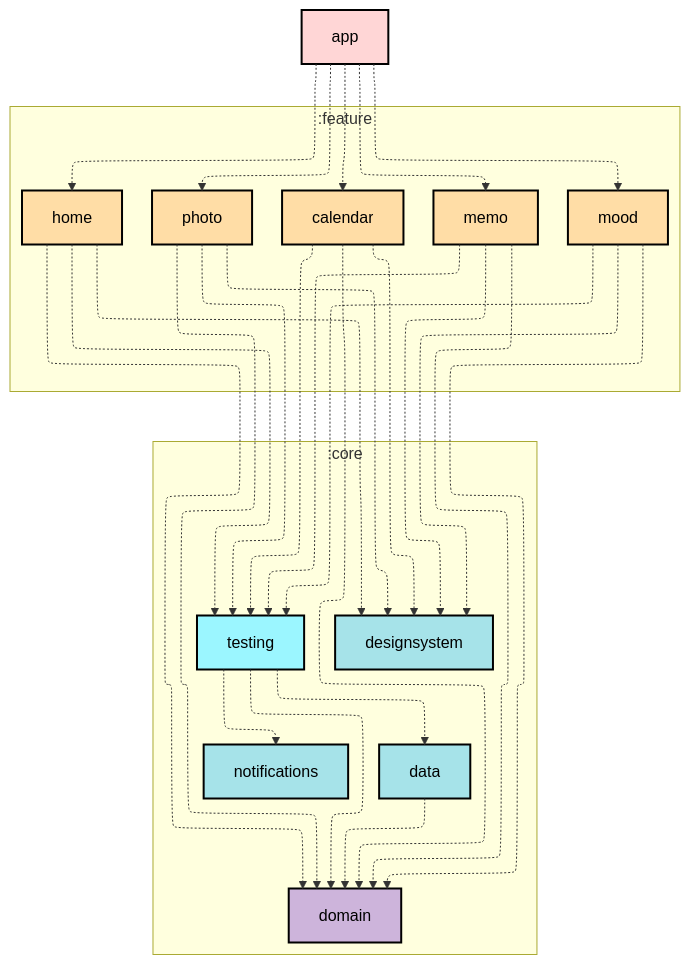
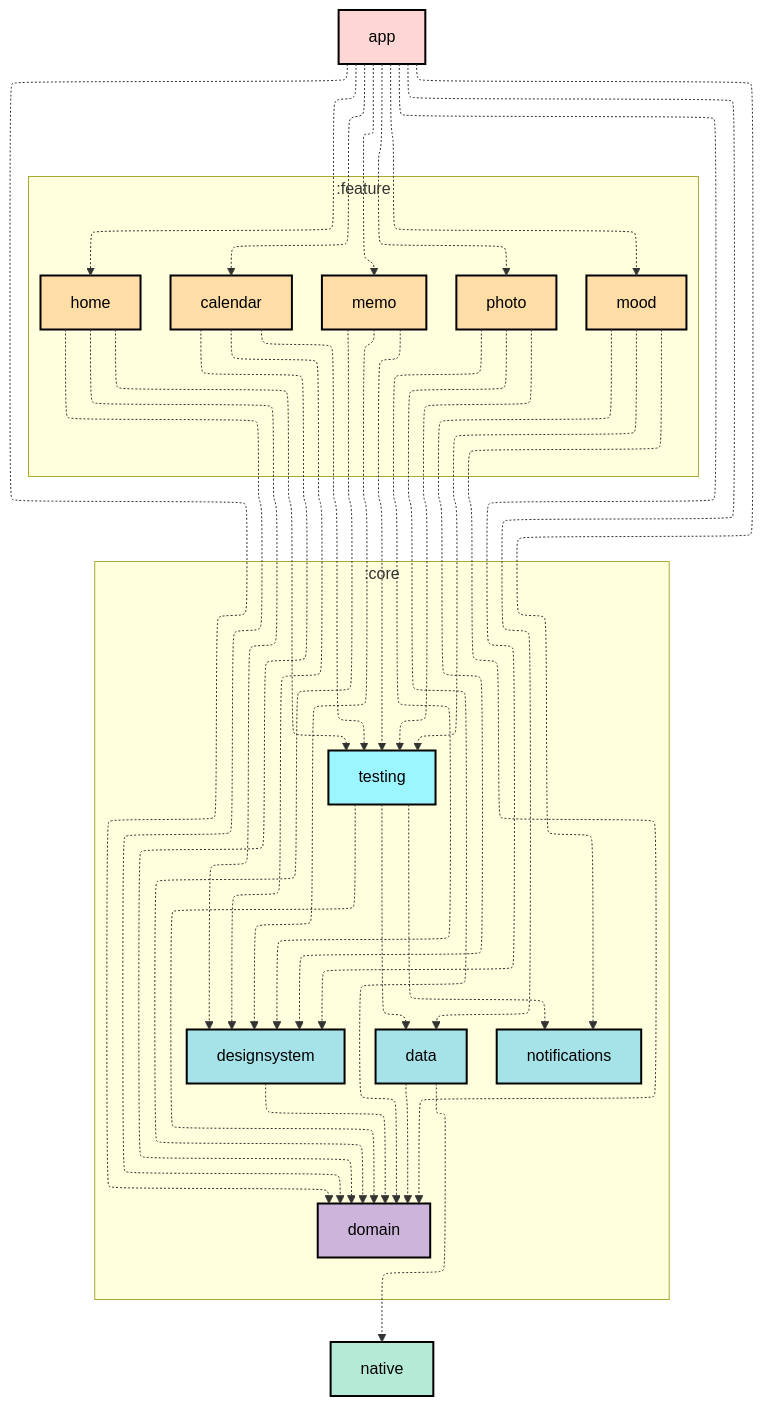
One commit to M1n9yu23/LifeLog-Compose-Clean-Architecture changed the diagram in README.md. Above: the diagram before and after it, drawn with Mermaid. The commit also changed other lines of this file and 2 other files, not shown here.

First line of the commit message:
docs(readme): 프로젝트 구조 및 Native FTS 상세 설명 추가

````diff
--- a/README.md
+++ b/README.md
@@ -9,57 +15,65 @@
 ```mermaid
 ---
 config:
   layout: elk
   elk:
     nodePlacementStrategy: SIMPLE
 ---
 graph TB
 subgraph :core
 direction TB
 :core:data[data]:::android-core
 :core:designsystem[designsystem]:::android-core
 :core:domain[domain]:::kotlin-library
 :core:notifications[notifications]:::android-core
 :core:testing[testing]:::android-test
 end
 subgraph :feature
 direction TB
 :feature:home[home]:::android-feature
 :feature:calendar[calendar]:::android-feature
 :feature:memo[memo]:::android-feature
 :feature:mood[mood]:::android-feature
 :feature:photo[photo]:::android-feature
 end
 :app[app]:::android-app
+:native[native]:::native-lib
 
 :app -.-> :feature:home
 :app -.-> :feature:calendar
 :app -.-> :feature:memo
 :app -.-> :feature:mood
 :app -.-> :feature:photo
+:app -.-> :core:data
+:app -.-> :core:domain
+:app -.-> :core:designsystem
+:app -.-> :core:notifications
 :core:data -.-> :core:domain
+:core:data -.-> :native
+:core:designsystem -.-> :core:domain
 :core:testing -.-> :core:domain
 :core:testing -.-> :core:data
 :core:testing -.-> :core:notifications
 :feature:home -.-> :core:designsystem
 :feature:home -.-> :core:domain
 :feature:home -.-> :core:testing
 :feature:calendar -.-> :core:designsystem
 :feature:calendar -.-> :core:domain
 :feature:calendar -.-> :core:testing
 :feature:memo -.-> :core:designsystem
 :feature:memo -.-> :core:domain
 :feature:memo -.-> :core:testing
 :feature:mood -.-> :core:designsystem
 :feature:mood -.-> :core:domain
 :feature:mood -.-> :core:testing
 :feature:photo -.-> :core:designsystem
 :feature:photo -.-> :core:domain
 :feature:photo -.-> :core:testing
 
 classDef android-app fill:#FFD6D6,stroke:#000,stroke-width:2px,color:#000;
 classDef android-feature fill:#FFDDA6,stroke:#000,stroke-width:2px,color:#000;
 classDef android-core fill:#A6E3E9,stroke:#000,stroke-width:2px,color:#000;
 classDef kotlin-library fill:#CDB4DB,stroke:#000,stroke-width:2px,color:#000;
 classDef android-test fill:#9BF6FF,stroke:#000,stroke-width:2px,color:#000;
+classDef native-lib fill:#B5EAD7,stroke:#000,stroke-width:2px,color:#000;
 ```
````
